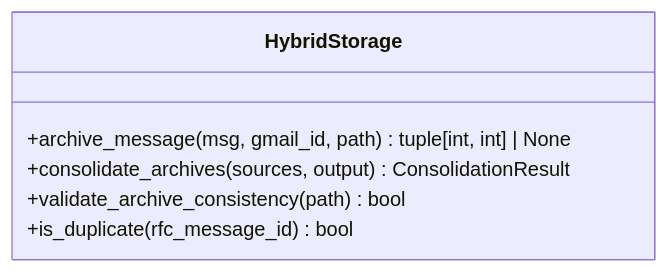
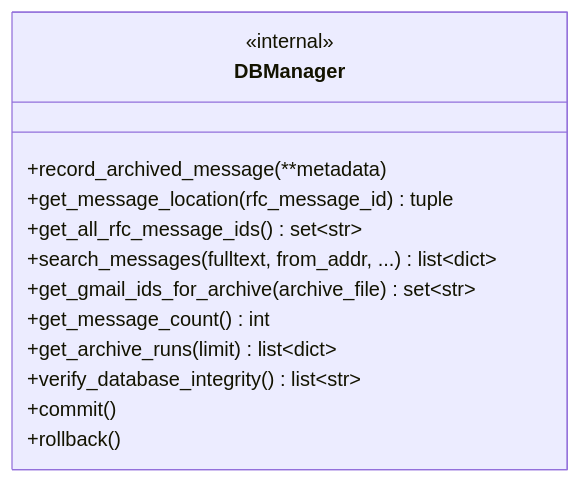
Before and after one commit to tumma72/GMailArchiver: diagram 20 of 23 in docs/ARCHITECTURE.md, drawn with Mermaid. The commit also changed other lines of this file and 53 other files, not shown here.

First line of the commit message:
refactor: Major architecture cleanup - HybridStorage as single data gateway

````diff
--- a/docs/ARCHITECTURE.md
+++ b/docs/ARCHITECTURE.md
@@ -796,9 +850,16 @@
 ```mermaid
 classDiagram
-class HybridStorage {
-    +archive_message(msg, gmail_id, path) tuple[int, int] | None
-    +consolidate_archives(sources, output) ConsolidationResult
-    +validate_archive_consistency(path) bool
-    +is_duplicate(rfc_message_id) bool
+class DBManager {
+    <<internal>>
+    +record_archived_message(**metadata)
+    +get_message_location(rfc_message_id) tuple
+    +get_all_rfc_message_ids() set~str~
+    +search_messages(fulltext, from_addr, ...) list~dict~
+    +get_gmail_ids_for_archive(archive_file) set~str~
+    +get_message_count() int
+    +get_archive_runs(limit) list~dict~
+    +verify_database_integrity() list~str~
+    +commit()
+    +rollback()
 }
 ```
````
